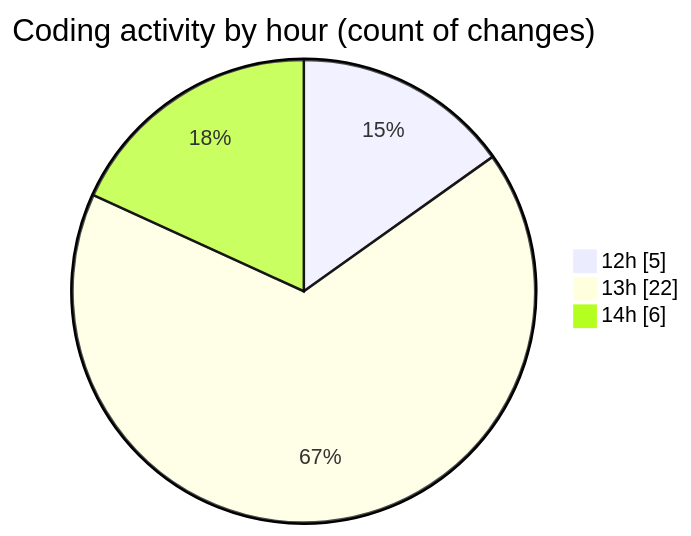
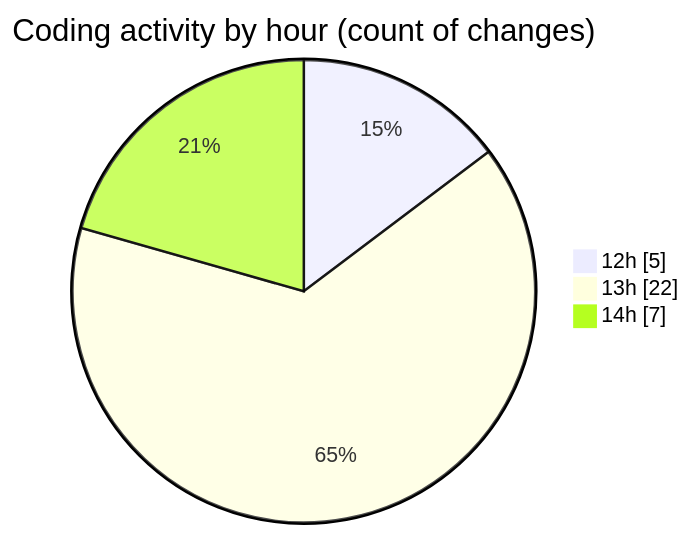
The second of 2 diagrams in 2025-04-19/myws__workspace_/README.md (MatusMokan/code-tracking), drawn with Mermaid before and after one commit. The commit also changed other lines of this file and 1 other file, not shown here.

````diff
--- a/2025-04-19/myws__workspace_/README.md
+++ b/2025-04-19/myws__workspace_/README.md
@@ -31,7 +31,7 @@
 ```mermaid
 pie showData
 title Coding activity by hour (count of changes)
 "12h" : 5
 "13h" : 22
-"14h" : 6
+"14h" : 7
 ```
````
